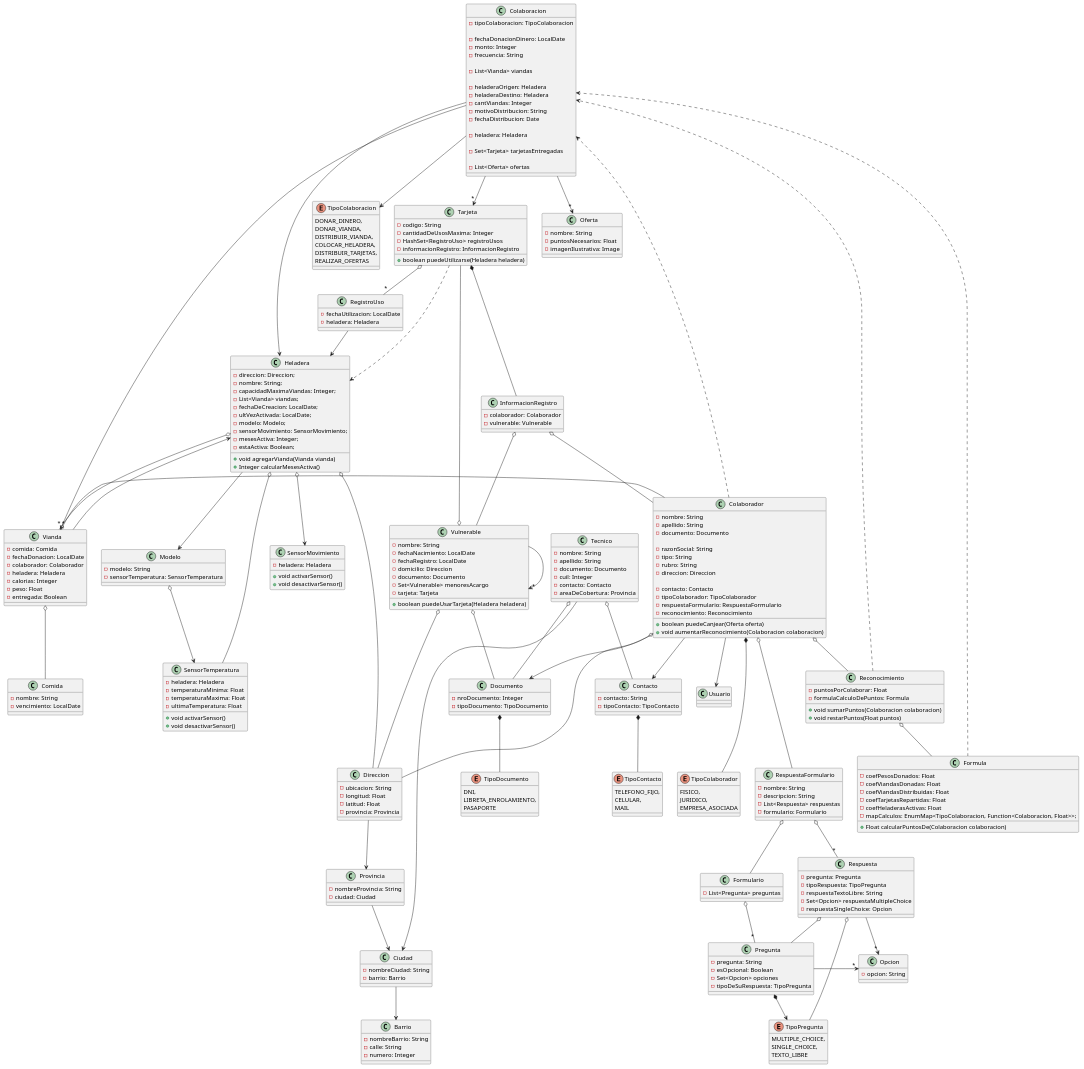
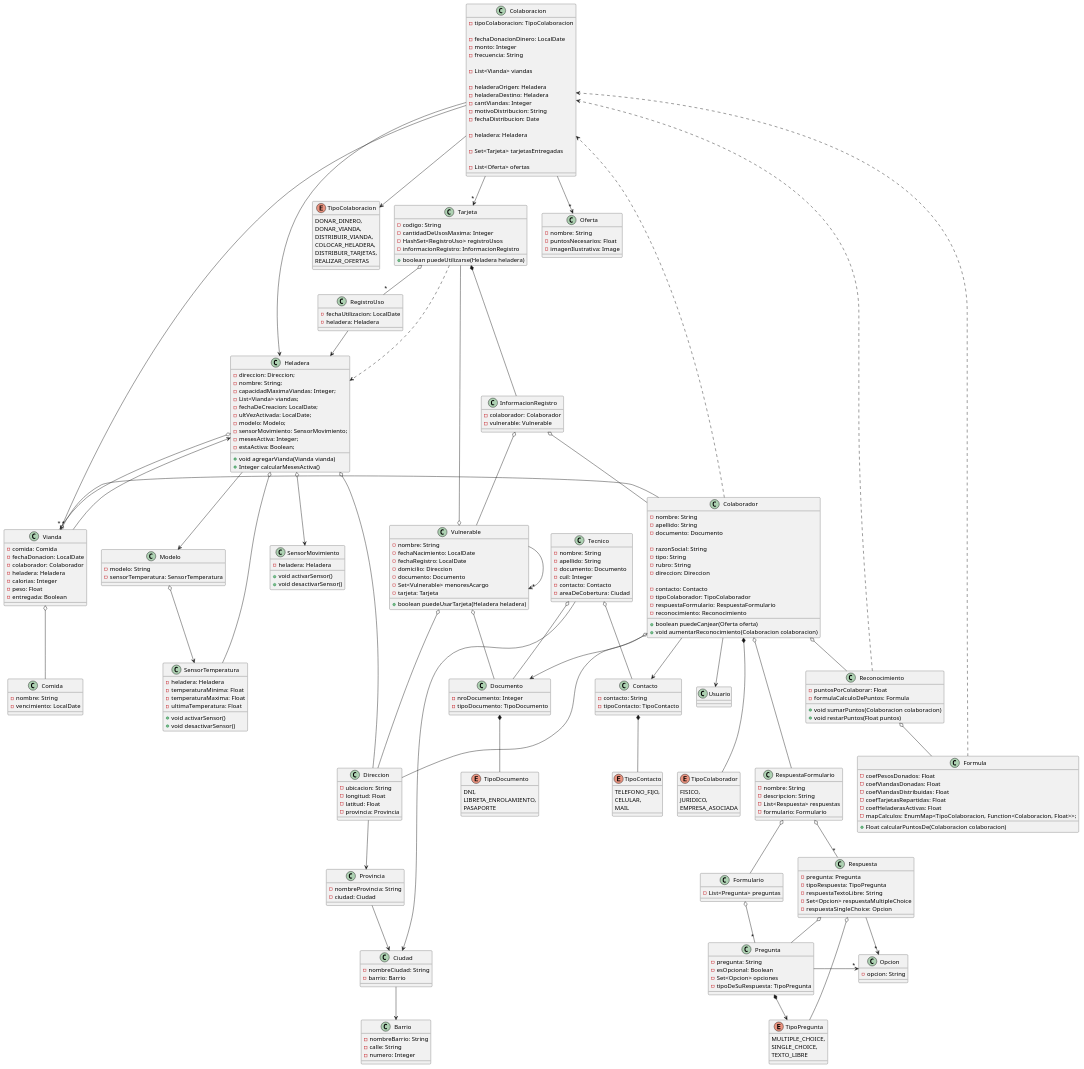
One commit to santymendez/tp-dds-2024 changed the diagram in diagrams/domain/diagrama-clases.puml. Above: the diagram before and after it, drawn with PlantUML. The commit also changed 1 other file, not shown here.

```diff
--- a/diagrams/domain/diagrama-clases.puml
+++ b/diagrams/domain/diagrama-clases.puml
@@ -236,7 +236,7 @@
     -documento: Documento
     -cuil: Integer
     -contacto: Contacto
-    -areaDeCobertura: Provincia
+    -areaDeCobertura: Ciudad
 }
 
 enum TipoDocumento {
```
